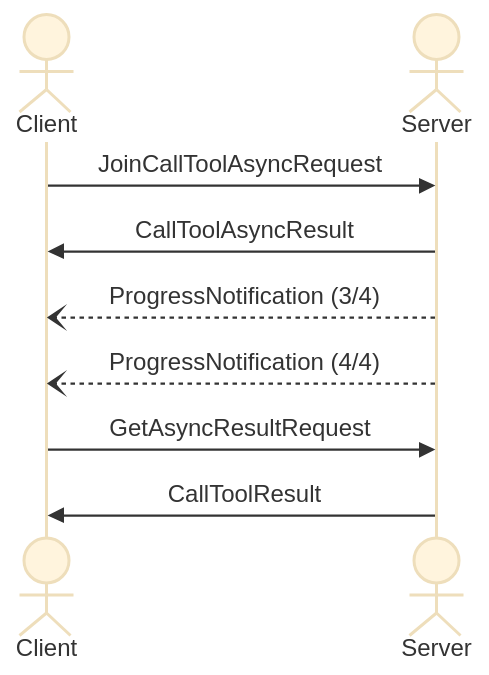
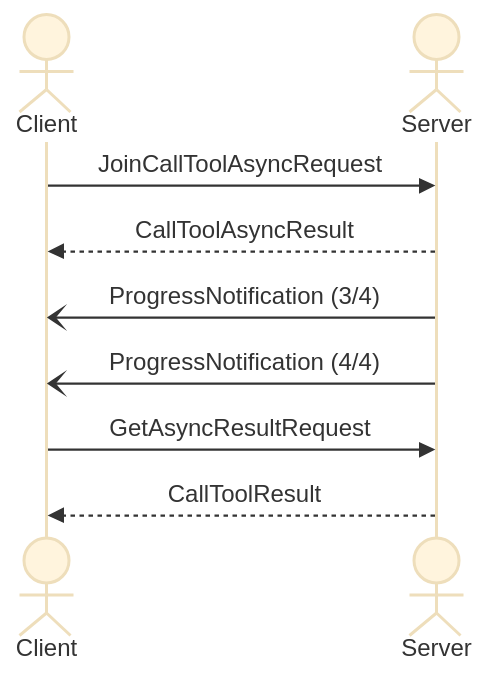
One commit to modelcontextprotocol/specification changed the second of 4 diagrams in docs/specification/draft/basic/async.mdx. Above: the diagram before and after it, drawn with Mermaid (base theme). The commit also changed other lines of this file, not shown here.

Commit message:
add clarifying point about security to protocol requirements, also tweeked line style for mermaid diagrams for legibility

````diff
--- a/docs/specification/draft/basic/async.mdx
+++ b/docs/specification/draft/basic/async.mdx
@@ -48,11 +49,11 @@
 ```mermaid
 sequenceDiagram
         actor Client
         actor Server
         Client->>Server: JoinCallToolAsyncRequest
-        Server->>Client: CallToolAsyncResult
-        Server--)Client: ProgressNotification (3/4)
-        Server--)Client: ProgressNotification (4/4)
+        Server-->>Client: CallToolAsyncResult
+        Server-)Client: ProgressNotification (3/4)
+        Server-)Client: ProgressNotification (4/4)
         Client->>Server: GetAsyncResultRequest
-        Server->>Client: CallToolResult
+        Server-->>Client: CallToolResult
 ```
````
